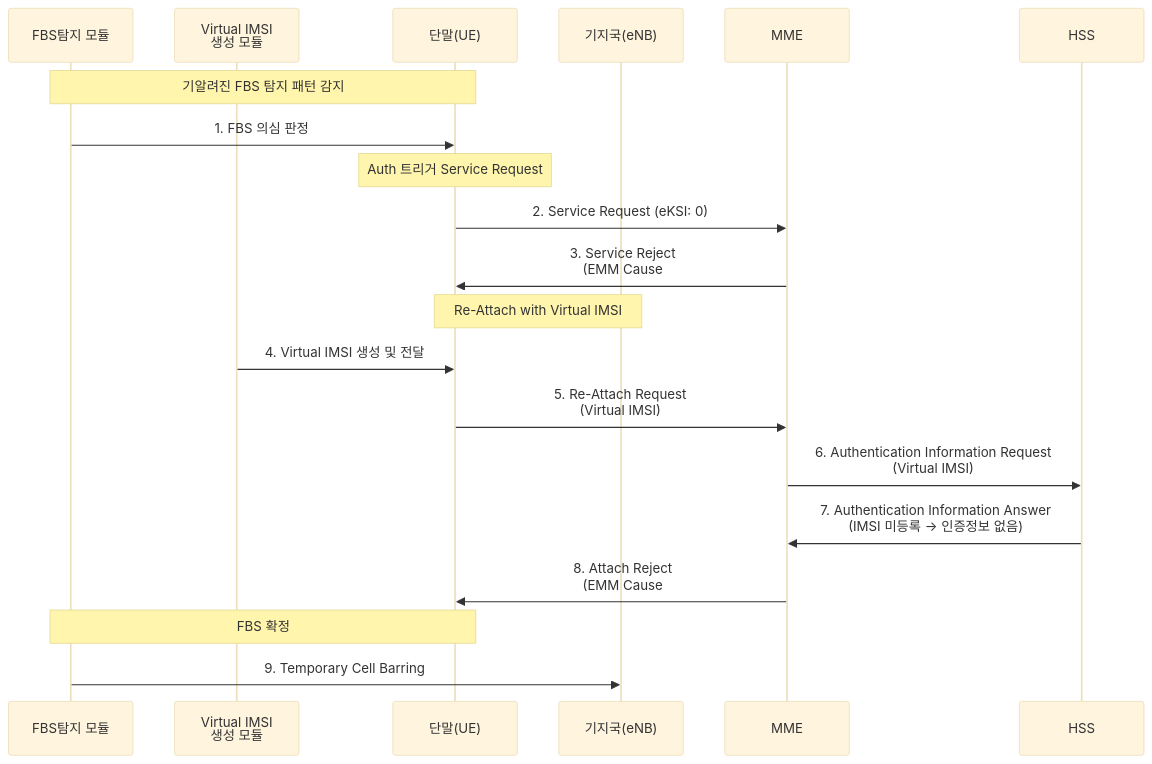
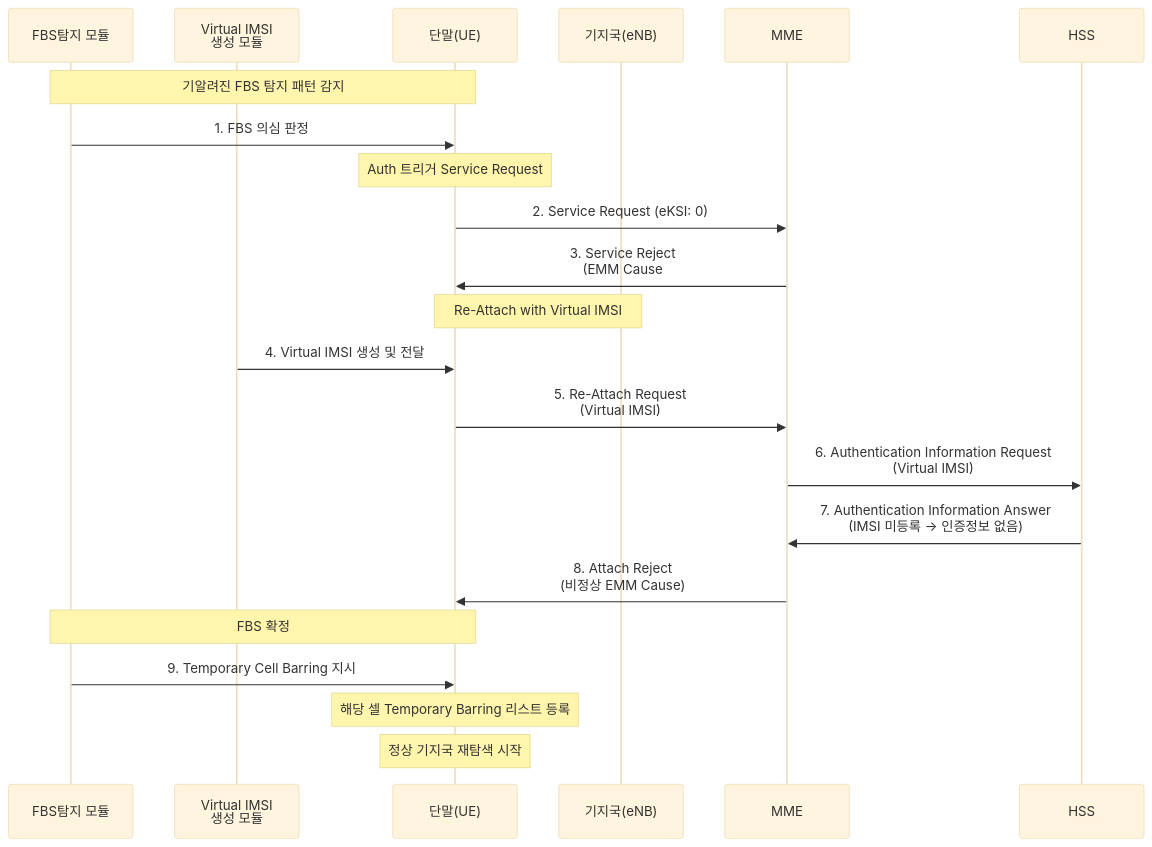
One commit to brianrobo/new-idea-flow changed the fourth of 4 diagrams in sequence.md. Above: the diagram before and after it, drawn with Mermaid (base theme).

````diff
--- a/sequence.md
+++ b/sequence.md
@@ -73,23 +73,25 @@
 ```mermaid
 sequenceDiagram
     participant FBS as FBS탐지 모듈
     participant VIMSI as Virtual IMSI<br/>생성 모듈
     participant UE as 단말(UE)
     participant eNB as 기지국(eNB)
     participant MME as MME
     participant HSS as HSS
 
     Note over FBS,UE: 기알려진 FBS 탐지 패턴 감지
     FBS->>UE: 1. FBS 의심 판정
     Note over UE: Auth 트리거 Service Request
     UE->>MME: 2. Service Request (eKSI: 0)
     MME->>UE: 3. Service Reject<br/>(EMM Cause #9 또는 #10)
     Note over UE,eNB: Re-Attach with Virtual IMSI
     VIMSI->>UE: 4. Virtual IMSI 생성 및 전달
     UE->>MME: 5. Re-Attach Request<br/>(Virtual IMSI)
     MME->>HSS: 6. Authentication Information Request<br/>(Virtual IMSI)
     HSS->>MME: 7. Authentication Information Answer<br/>(IMSI 미등록 → 인증정보 없음)
-    MME->>UE: 8. Attach Reject<br/>(EMM Cause #2 또는 #8)
+    MME->>UE: 8. Attach Reject<br/>(비정상 EMM Cause)
     Note over FBS,UE: FBS 확정
-    FBS->>eNB: 9. Temporary Cell Barring
+    FBS->>UE: 9. Temporary Cell Barring 지시
+    Note over UE: 해당 셀 Temporary Barring 리스트 등록
+    Note over UE: 정상 기지국 재탐색 시작
 ```
````
